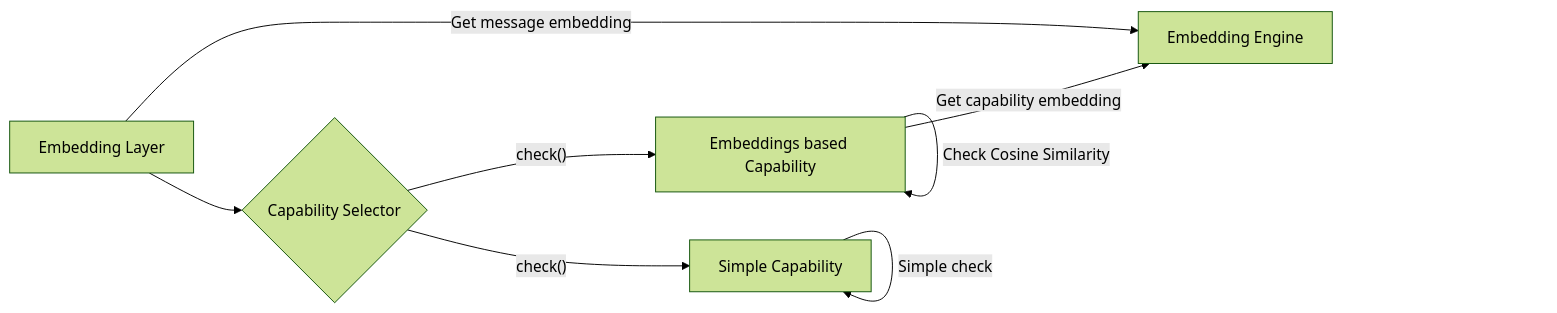
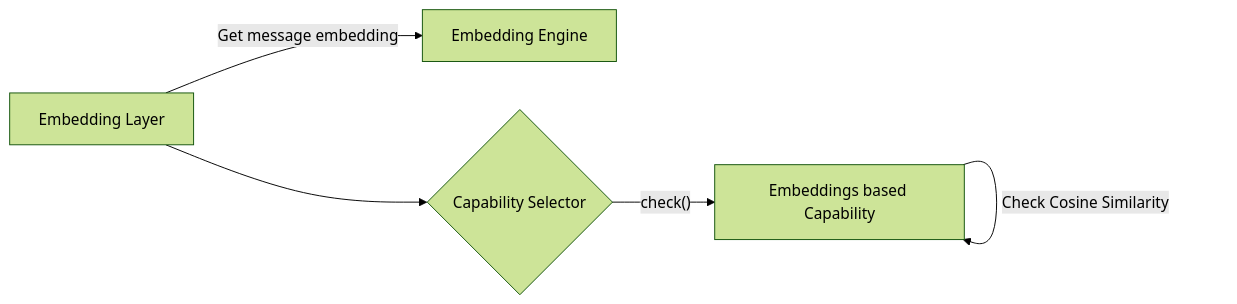
The second of 2 diagrams in README.md (divanvisagie/ratatoskr), drawn with Mermaid (forest theme) before and after one commit. The commit also changed other lines of this file, not shown here.

````diff
--- a/README.md
+++ b/README.md
@@ -61,15 +45,7 @@
 ```mermaid
 graph LR
-EL[Embedding Layer] -- Get message embedding--> EE[Embedding Engine]
-
+EL[Embedding Layer] -- Get message embedding --> EE[Embedding Engine]
 CS{Capability Selector} -- "check()" --> C[Embeddings based Capability]
 C -- Check Cosine Similarity --> C
-
-
-CS -- "check()" --> C3[Simple Capability]
-
-C -- Get capability embedding --> EE
-C3 -- Simple check --> C3
-
 EL --> CS
 ```
````
